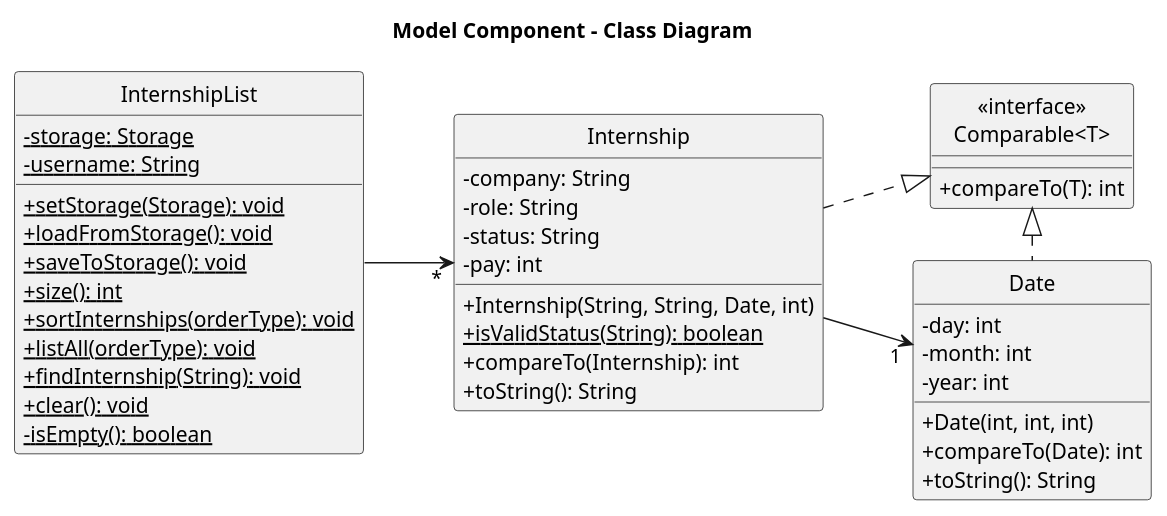
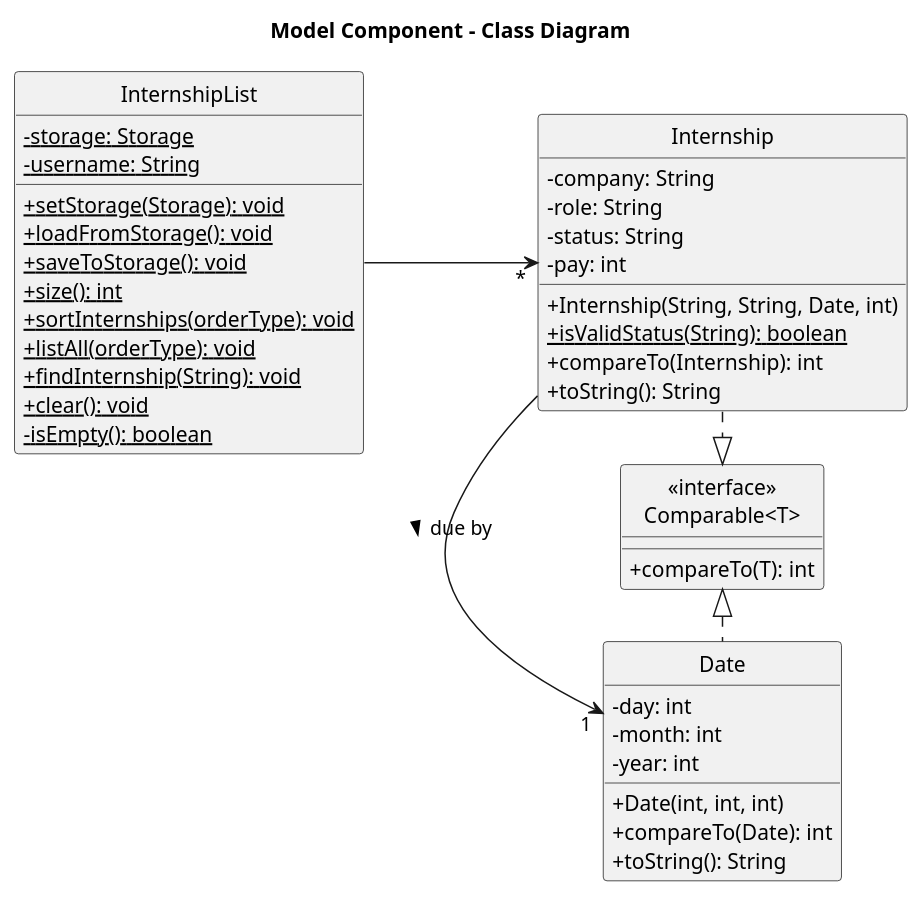
One commit to AY2526S1-CS2113-W14-4/tp changed the diagram in docs/diagrams/ModelComponentCD.puml. Above: the diagram before and after it, drawn with PlantUML. The commit also changed 1 other file, not shown here.

```diff
--- a/docs/diagrams/ModelComponentCD.puml
+++ b/docs/diagrams/ModelComponentCD.puml
@@ -1,52 +1,54 @@
 @startuml ModelComponentCD
 hide circle
 title Model Component - Class Diagram
 left to right direction
 skinparam classAttributeIconSize 0
 
 
 class InternshipList {
   - {static} storage: Storage
   - {static} username: String
   + {static} setStorage(Storage): void
   + {static} loadFromStorage(): void
   + {static} saveToStorage(): void
   + {static} size(): int
   + {static} sortInternships(orderType): void
   + {static} listAll(orderType): void
   + {static} findInternship(String): void
   + {static} clear(): void
   - {static} isEmpty(): boolean
 }
 
 class "<<interface>>\nComparable<T>" {
     + compareTo(T): int
 }
 
 class Internship {
   - company: String
   - role: String
   - status: String
   - pay: int
   + Internship(String, String, Date, int)
   + {static} isValidStatus(String): boolean
   + compareTo(Internship): int
   + toString(): String
 }
 
 class Date {
   - day: int
   - month: int
   - year: int
   + Date(int, int, int)
   + compareTo(Date): int
   + toString(): String
 }
 
 
 InternshipList --> "*" Internship
 Internship .|> "<<interface>>\nComparable<T>"
 Date .left.|> "<<interface>>\nComparable<T>"
-Internship --> "1" Date
+Internship -right-> "1" Date : due by >
+
+
 
 @enduml
```
